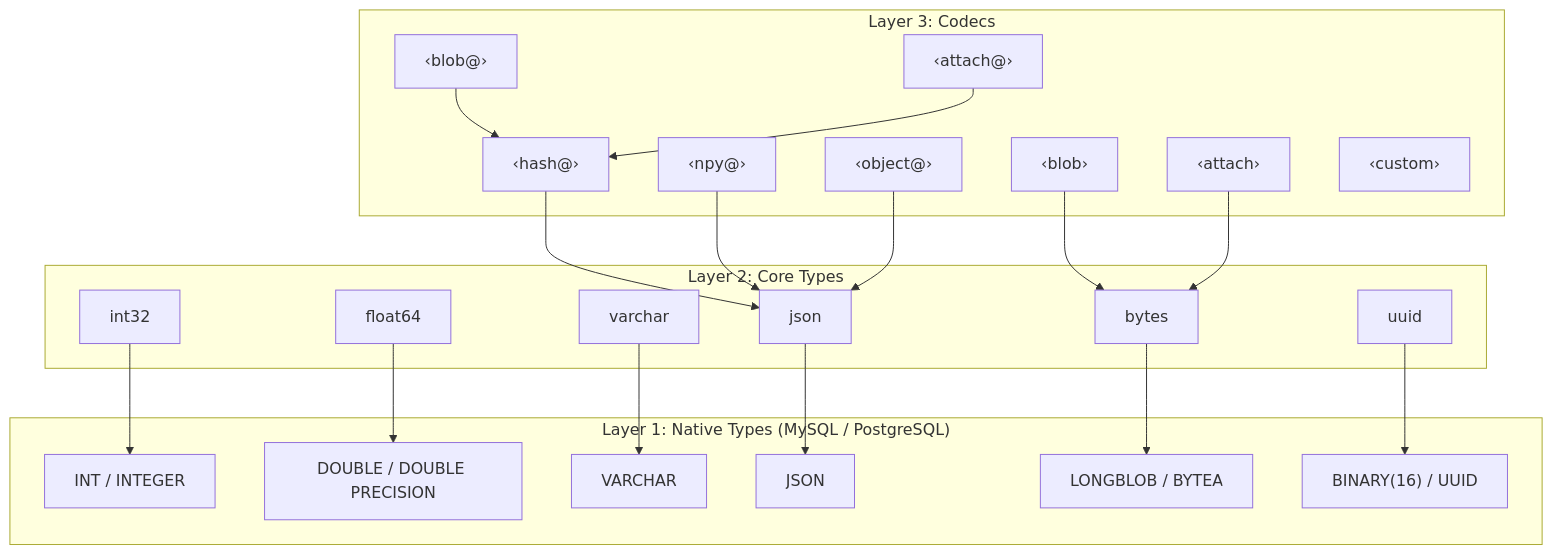
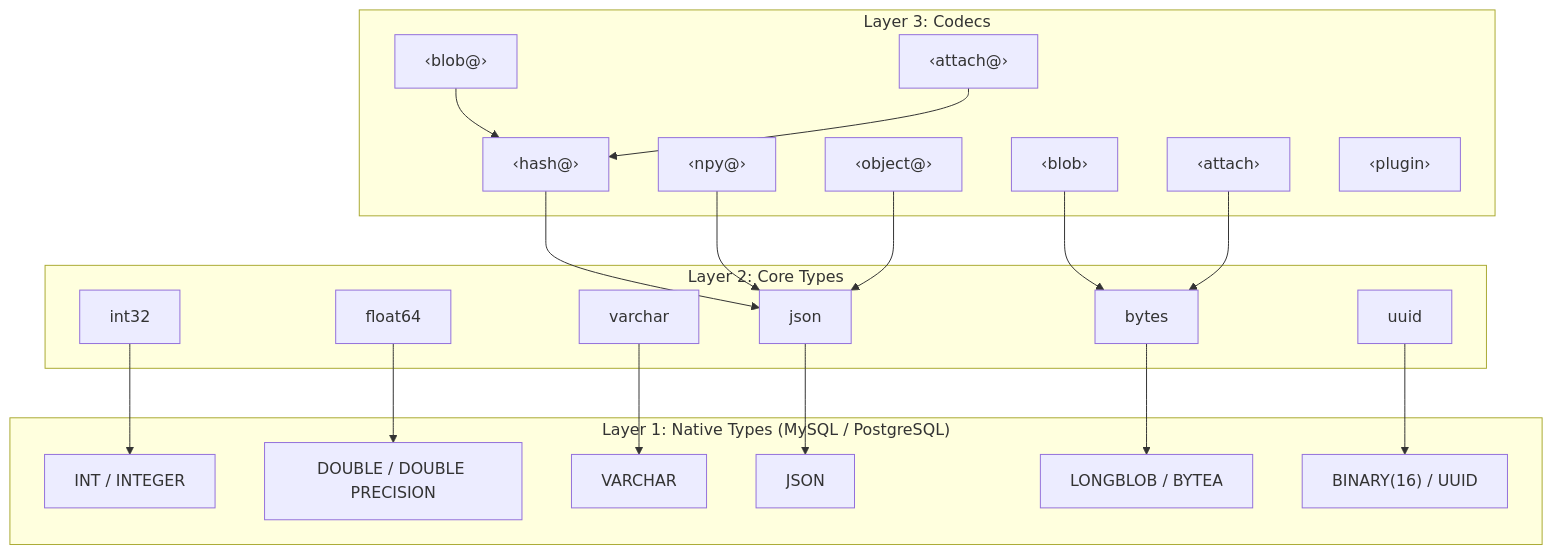
Before and after one commit to datajoint/datajoint-docs: the diagram in src/explanation/type-system.md, drawn with Mermaid.

Commit message:
docs: Rename 'custom' to 'plugin' in diagram

````diff
--- a/src/explanation/type-system.md
+++ b/src/explanation/type-system.md
@@ -11,44 +11,44 @@
 ```mermaid
 graph TB
     subgraph "Layer 3: Codecs"
         blob["‹blob›"]
         blob_at["‹blob@›"]
         attach["‹attach›"]
         attach_at["‹attach@›"]
         npy["‹npy@›"]
         object["‹object@›"]
         hash["‹hash@›"]
-        custom["‹custom›"]
+        plugin["‹plugin›"]
     end
     subgraph "Layer 2: Core Types"
         int32
         float64
         varchar
         json
         bytes
         uuid
     end
     subgraph "Layer 1: Native Types (MySQL / PostgreSQL)"
         INT["INT / INTEGER"]
         DOUBLE["DOUBLE / DOUBLE PRECISION"]
         VARCHAR_N["VARCHAR"]
         JSON_N["JSON"]
         BYTES_N["LONGBLOB / BYTEA"]
         UUID_N["BINARY(16) / UUID"]
     end
 
     blob --> bytes
     blob_at --> hash
     attach --> bytes
     attach_at --> hash
     hash --> json
     npy --> json
     object --> json
 
     bytes --> BYTES_N
     json --> JSON_N
     int32 --> INT
     float64 --> DOUBLE
     varchar --> VARCHAR_N
     uuid --> UUID_N
 ```
````
